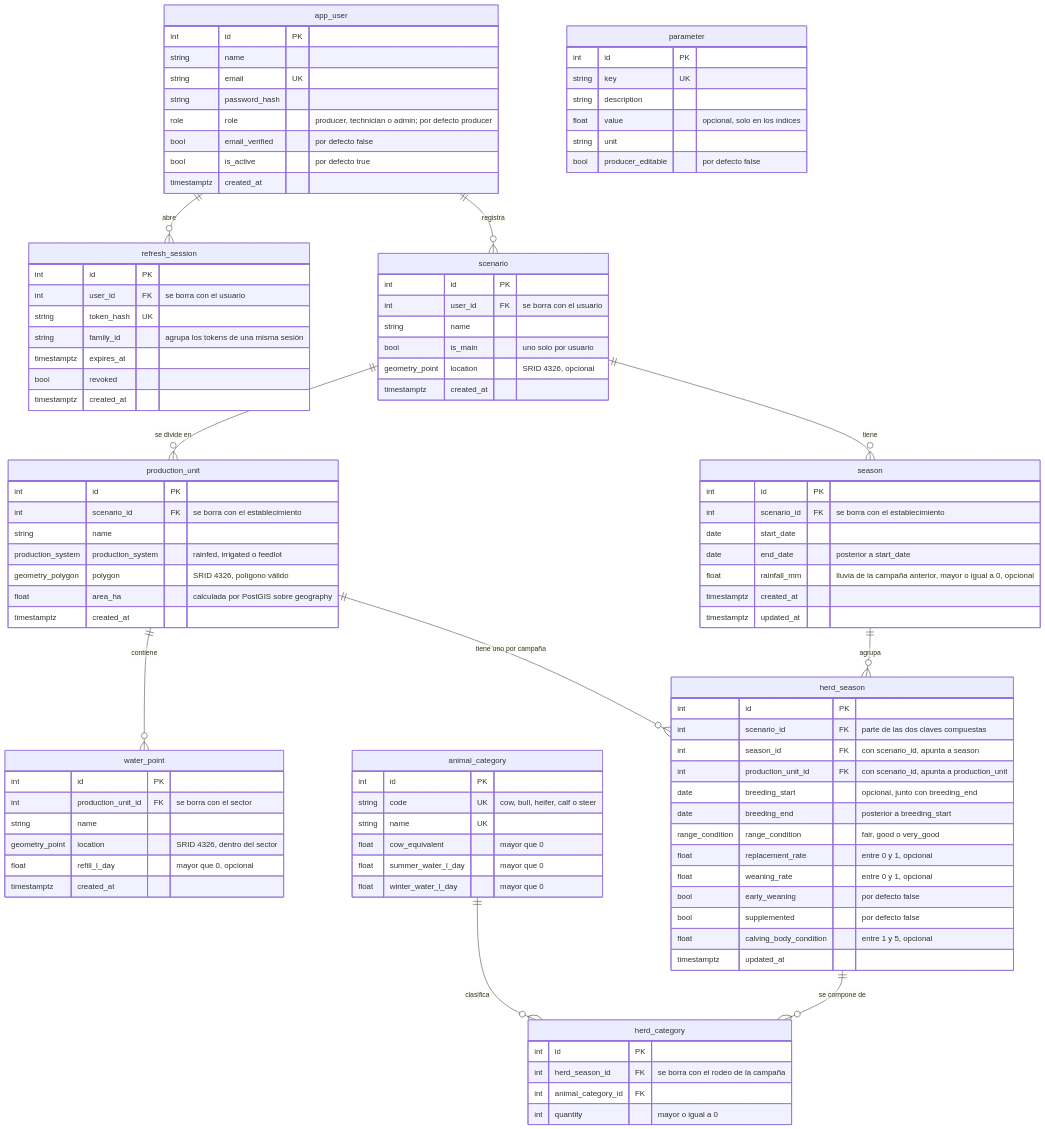
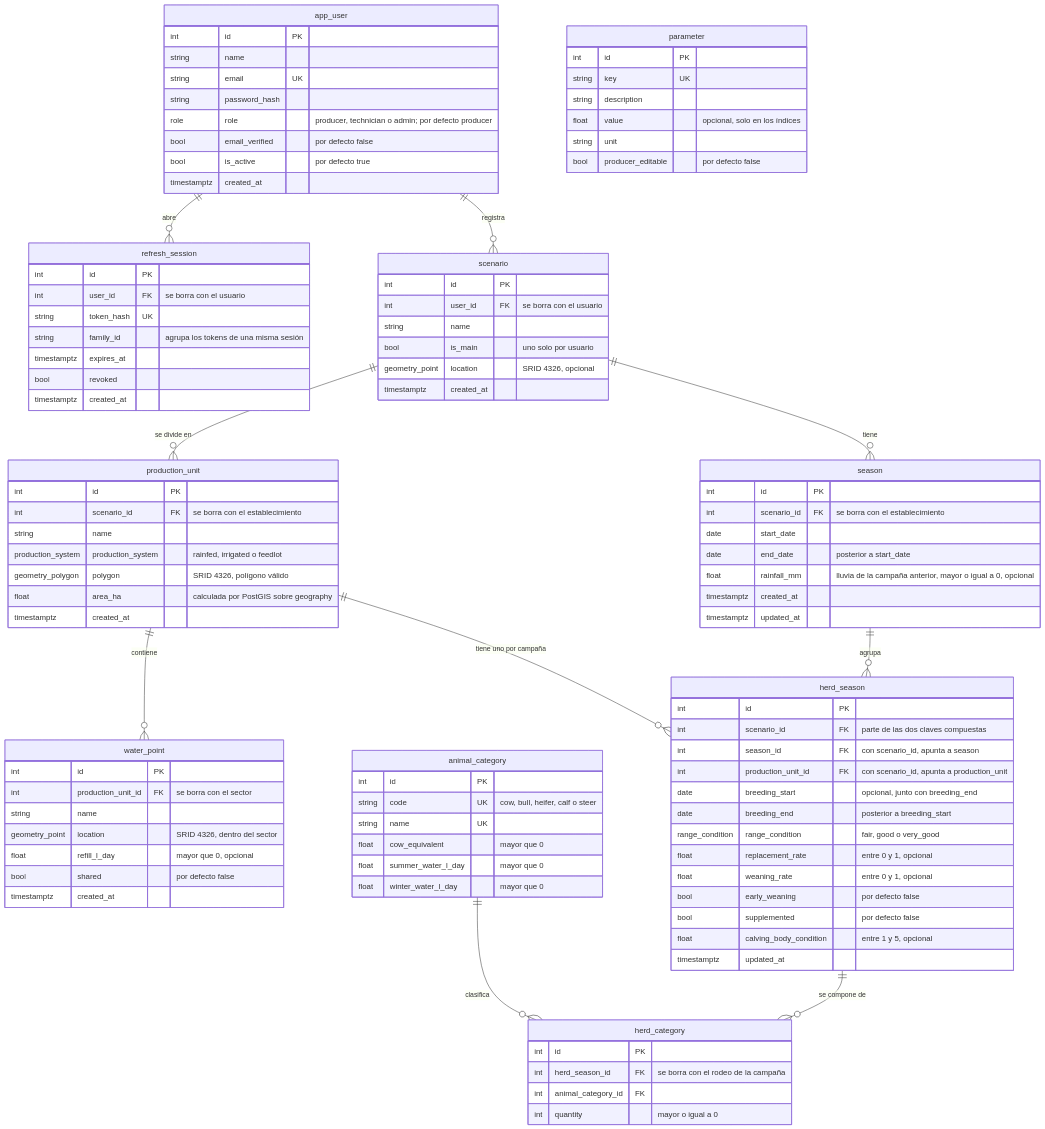
The diagram in docs/diagrama-base-de-datos.md (calculadora-ganadera-mza/calculadora-ganadera), drawn with Mermaid before and after one commit. The commit also changed other lines of this file, not shown here.

Commit message:
docs: actualizacion del diagrama de bases de datos con shared para las aguadas compartidas (#56)

```diff
--- a/docs/diagrama-base-de-datos.md
+++ b/docs/diagrama-base-de-datos.md
@@ -70,6 +70,7 @@
         string name
         geometry_point location "SRID 4326, dentro del sector"
         float refill_l_day "mayor que 0, opcional"
+        bool shared "por defecto false"
         timestamptz created_at
     }
 
```
